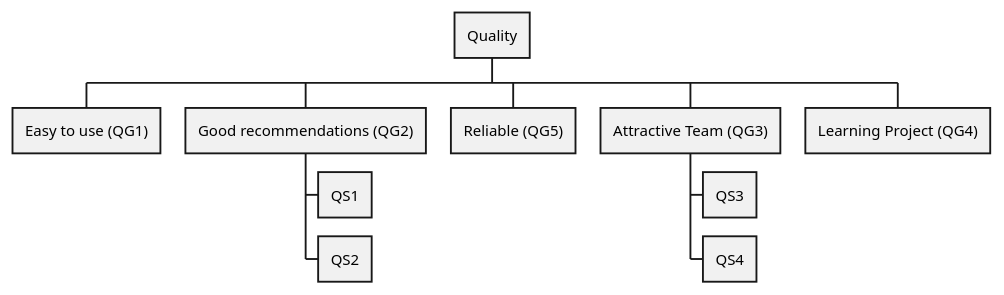
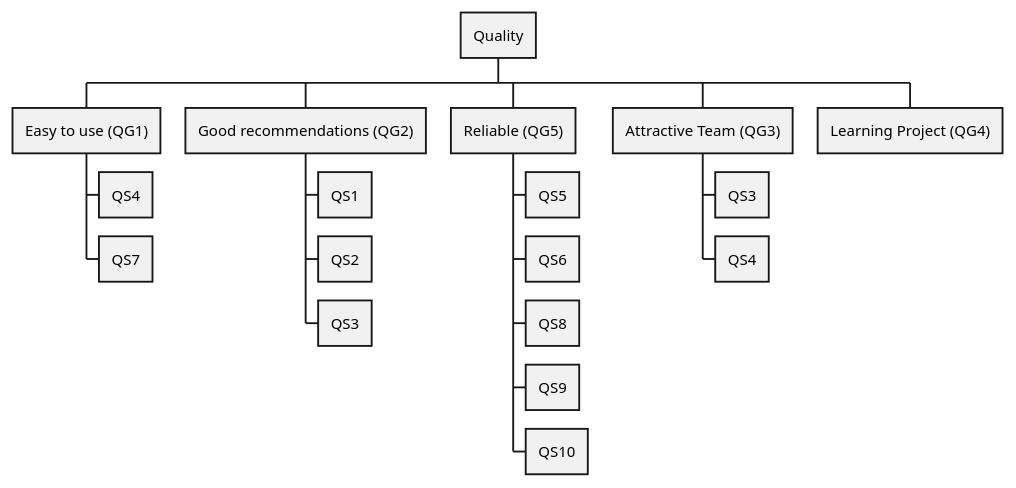
Before and after one commit to dancier/documentation: the diagram in src/main/jbake/content/documentation/arc42/src/10_quality_scenarios.adoc, drawn with PlantUML. The commit also changed other lines of this file, not shown here.

Commit message:
quality tree

```diff
--- a/src/main/jbake/content/documentation/arc42/src/10_quality_scenarios.adoc
+++ b/src/main/jbake/content/documentation/arc42/src/10_quality_scenarios.adoc
@@ -6,21 +6,29 @@
 [plantuml, cloud-architecture, svg]
 ....
 @startwbs
 * Quality
 ** Easy to use (QG1)
+*** QS4
+*** QS7
 
 ** Good recommendations (QG2)
 *** QS1
 *** QS2
+*** QS3
 
 ** Reliable (QG5)
+*** QS5
+*** QS6
+*** QS8
+*** QS9
+*** QS10
 
 
 ** Attractive Team (QG3)
 *** QS3
 *** QS4
 
 ** Learning Project (QG4)
 
 @endwbs
 ....
```
